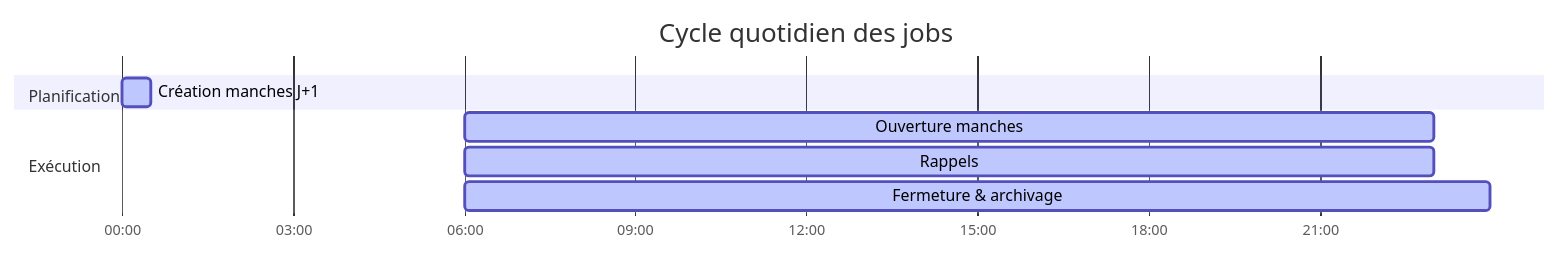
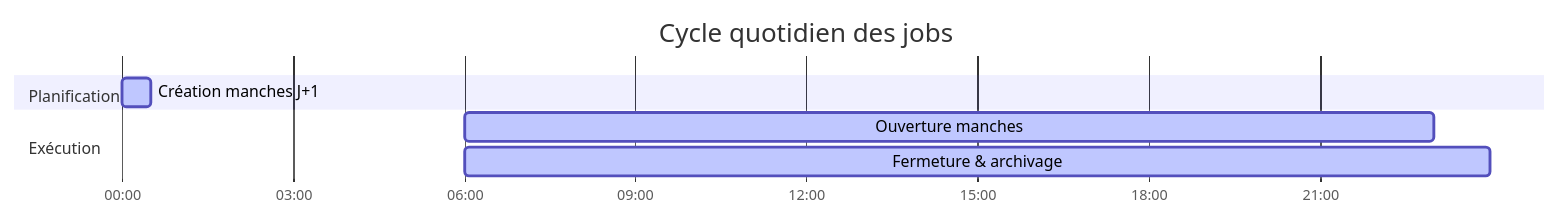
The fifth of 6 diagrams in README.md (Adrien490/jimboa), drawn with Mermaid before and after one commit. The commit also changed other lines of this file and 1 other file, not shown here.

````diff
--- a/README.md
+++ b/README.md
@@ -337,14 +332,13 @@
 ```mermaid
 gantt
     title Cycle quotidien des jobs
     dateFormat HH:mm
     axisFormat %H:%M
 
     section Planification
     Création manches J+1    :active, plan, 00:00, 00:30
 
     section Exécution
     Ouverture manches        :active, open, 06:00, 23:00
-    Rappels                  :active, remind, 06:00, 23:00
     Fermeture & archivage    :active, close, 06:00, 23:59
 ```
````
